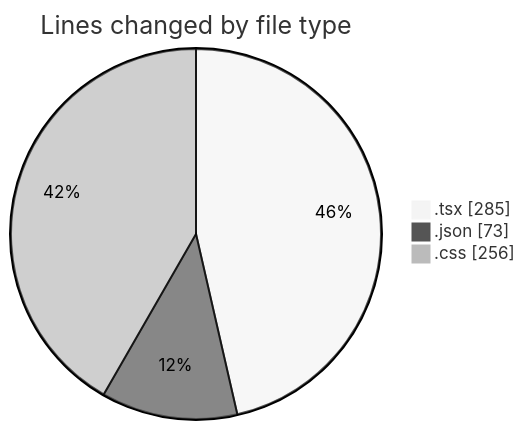
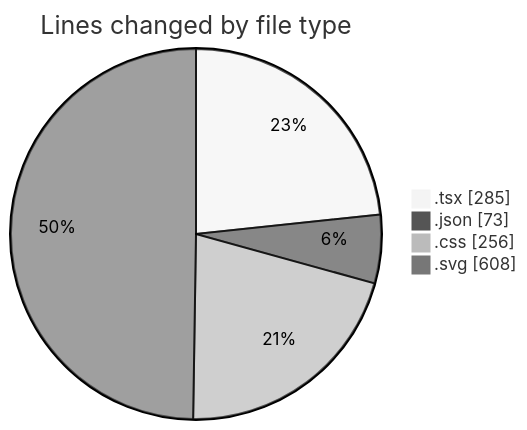
The first of 2 diagrams in 2025-08-05/tw-server/README.md (EIIisD/code-tracking), drawn with Mermaid (neutral theme) before and after one commit. The commit also changed other lines of this file and 1 other file, not shown here.

````diff
--- a/2025-08-05/tw-server/README.md
+++ b/2025-08-05/tw-server/README.md
@@ -28,7 +30,8 @@
 ```mermaid
 pie showData
 title Lines changed by file type
 ".tsx" : 285
 ".json" : 73
 ".css" : 256
+".svg" : 608
 ```
````
